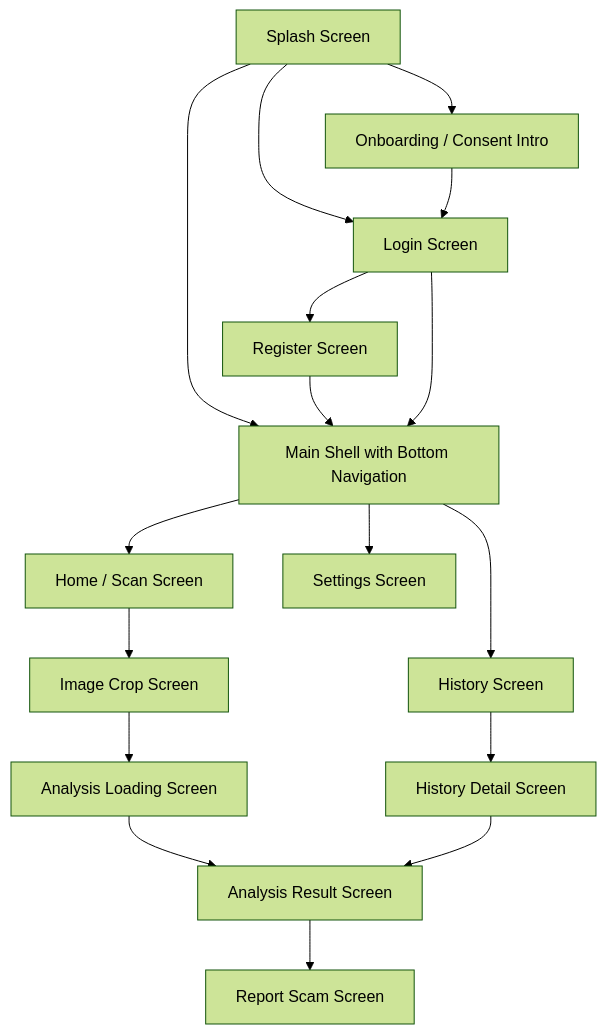
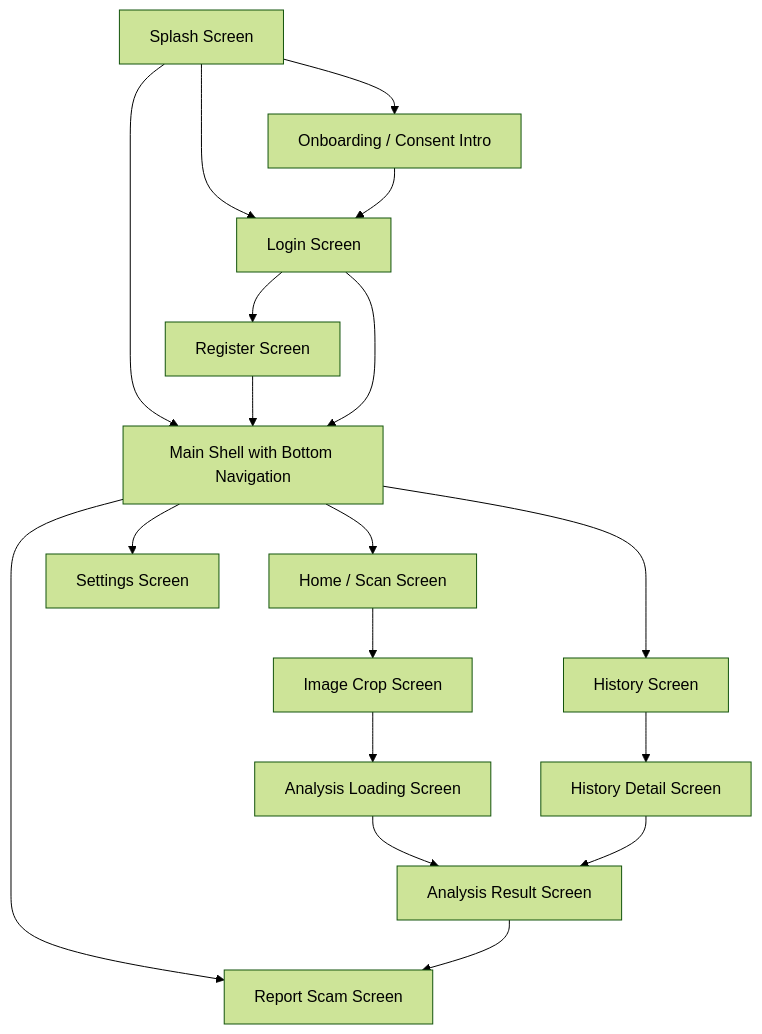
One commit to Panuwat-ta/project changed the second of 2 diagrams in design/mobile/mobile.md. Above: the diagram before and after it, drawn with Mermaid (forest theme). The commit also changed other lines of this file and 17 other files, not shown here.

````diff
--- a/design/mobile/mobile.md
+++ b/design/mobile/mobile.md
@@ -235,33 +240,34 @@
 ```mermaid
 flowchart TD
     Splash[Splash Screen]
     Onboarding[Onboarding / Consent Intro]
     Login[Login Screen]
     Register[Register Screen]
     Main[Main Shell with Bottom Navigation]
     Home[Home / Scan Screen]
     History[History Screen]
     Settings[Settings Screen]
     Crop[Image Crop Screen]
     Loading[Analysis Loading Screen]
     Result[Analysis Result Screen]
     Report[Report Scam Screen]
     Detail[History Detail Screen]
 
     Splash --> Onboarding
     Splash --> Login
     Splash --> Main
     Onboarding --> Login
     Login --> Register
     Register --> Main
     Login --> Main
     Main --> Home
     Main --> History
+    Main --> Report
     Main --> Settings
     Home --> Crop
     Crop --> Loading
     Loading --> Result
     Result --> Report
     History --> Detail
     Detail --> Result
 ```
````
